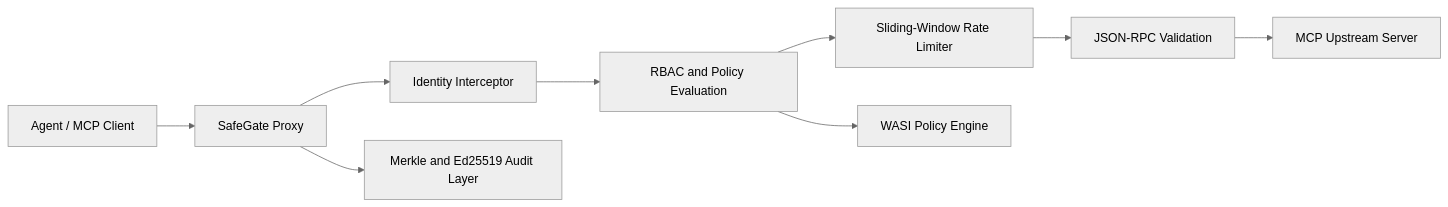
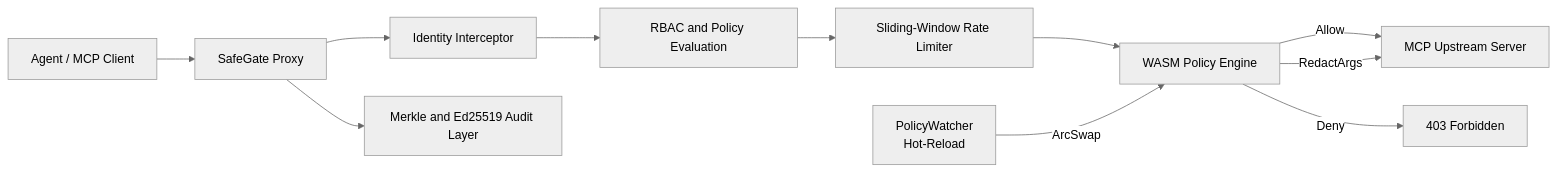
The first of 2 diagrams in README.md (EnesSamaa/mcp-safegate), drawn with Mermaid (neutral theme) before and after one commit. The commit also changed other lines of this file and 3 other files, not shown here.

Commit message:
docs(wasm): finalize week 2 with WASI 0.2 isolation specs, mermaid diagram, and clean clippy check

````diff
--- a/README.md
+++ b/README.md
@@ -24,11 +24,13 @@
 ```mermaid
 flowchart LR
     A[Agent / MCP Client] --> B[SafeGate Proxy]
     B --> C[Identity Interceptor]
     C --> D[RBAC and Policy Evaluation]
     D --> E[Sliding-Window Rate Limiter]
-    E --> F[JSON-RPC Validation]
-    F --> G[MCP Upstream Server]
-    D --> H[WASI Policy Engine]
+    E --> F[WASM Policy Engine]
+    F -->|Allow| G[MCP Upstream Server]
+    F -->|Deny| R[403 Forbidden]
+    F -->|RedactArgs| G
+    W[PolicyWatcher\nHot-Reload] -->|ArcSwap| F
     B --> I[Merkle and Ed25519 Audit Layer]
 ```
````
